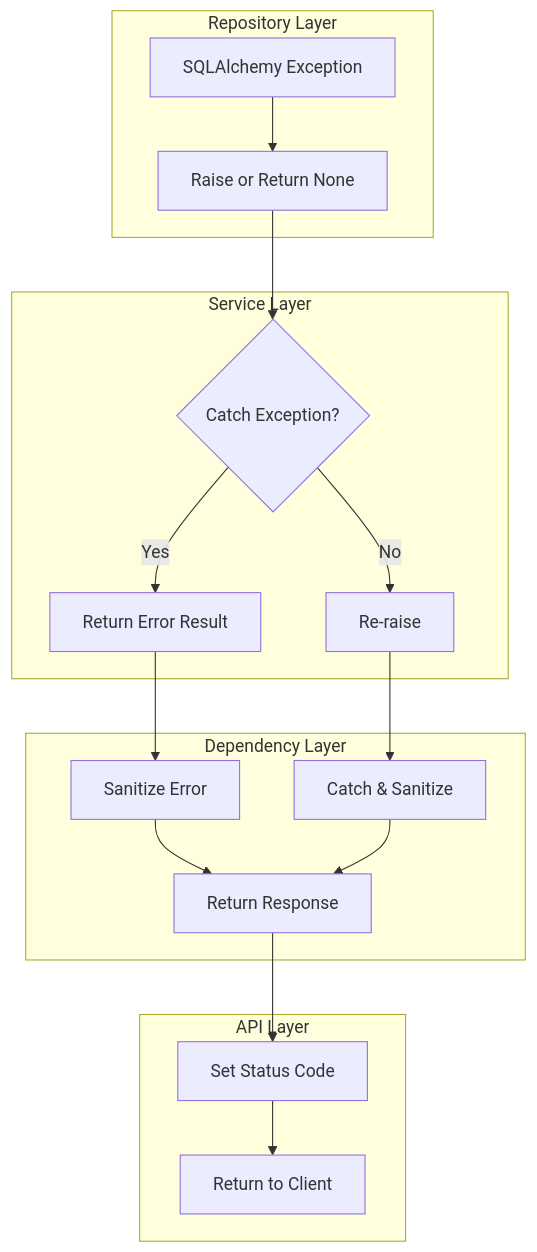
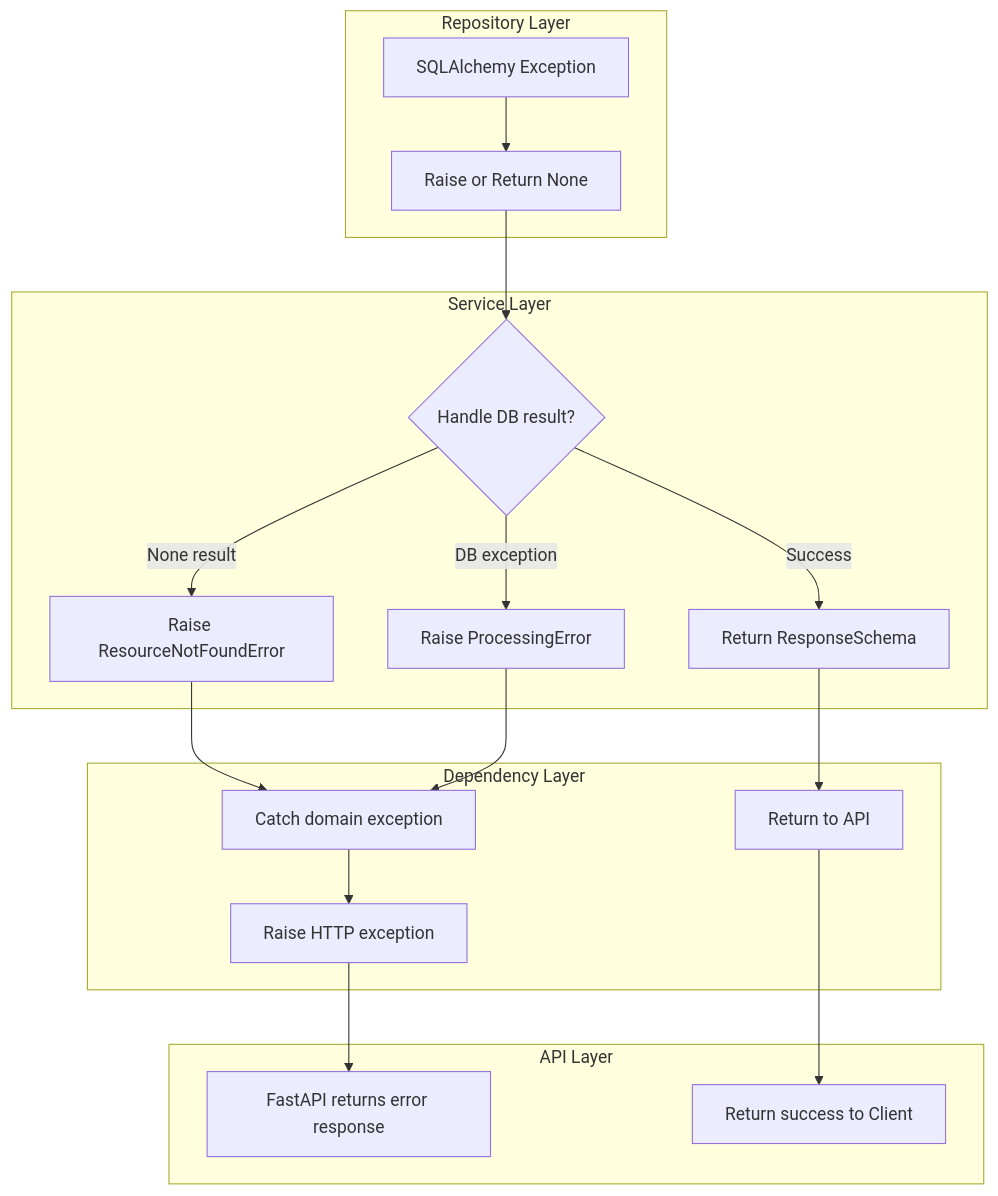
Before and after one commit to eslam5464/Fastapi-Template: the third of 8 diagrams in docs/backend-architecture.md, drawn with Mermaid. The commit also changed other lines of this file, not shown here.

Commit message:
update backend architecture documentation for clarity and scalability

````diff
--- a/docs/backend-architecture.md
+++ b/docs/backend-architecture.md
@@ -1236,24 +1354,25 @@
 ```mermaid
 flowchart TD
     subgraph "Repository Layer"
         A[SQLAlchemy Exception] --> B[Raise or Return None]
     end
 
     subgraph "Service Layer"
-        B --> C{Catch Exception?}
-        C -->|Yes| D[Return Error Result]
-        C -->|No| E[Re-raise]
+        B --> C{Handle DB result?}
+        C -->|None result| D[Raise ResourceNotFoundError]
+        C -->|DB exception| E[Raise ProcessingError]
+        C -->|Success| F[Return ResponseSchema]
     end
 
     subgraph "Dependency Layer"
-        D --> F[Sanitize Error]
-        E --> G[Catch & Sanitize]
-        F --> H[Return Response]
-        G --> H
+        D --> G[Catch domain exception]
+        E --> G
+        G --> H[Raise HTTP exception]
+        F --> I[Return to API]
     end
 
     subgraph "API Layer"
-        H --> I[Set Status Code]
-        I --> J[Return to Client]
+        H --> J[FastAPI returns error response]
+        I --> K[Return success to Client]
     end
 ```
````
